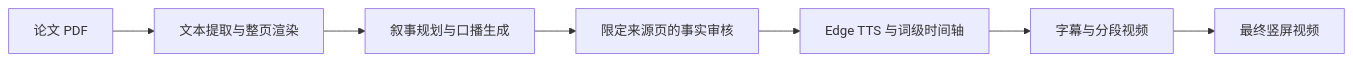
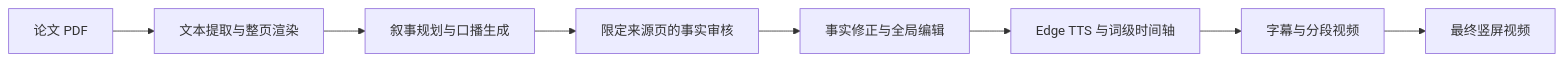
The diagram in README.md (QXP1997/paper-video-agent), drawn with Mermaid before and after one commit. The commit also changed other lines of this file and 7 other files, not shown here.

````diff
--- a/README.md
+++ b/README.md
@@ -58,9 +59,10 @@
 ```mermaid
 flowchart LR
     A[论文 PDF] --> B[文本提取与整页渲染]
     B --> C[叙事规划与口播生成]
     C --> D[限定来源页的事实审核]
-    D --> E[Edge TTS 与词级时间轴]
-    E --> F[字幕与分段视频]
+    D --> E[事实修正与全局编辑]
+    E --> H[Edge TTS 与词级时间轴]
+    H --> F[字幕与分段视频]
     F --> G[最终竖屏视频]
 ```
````
